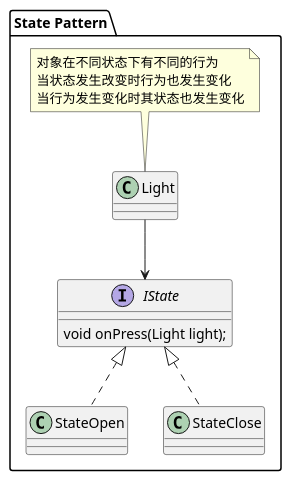
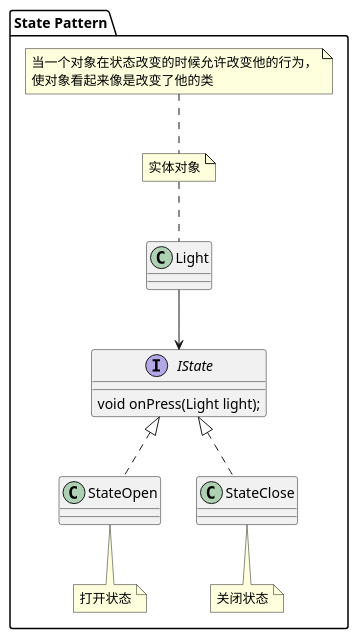
The diagram in lib_design_pattern/src/main/java/com/mxdl/desigin/pattern/behavior/a09_state/uml/state.puml (mxdldev/java-design-pattern), drawn with PlantUML before and after one commit. The commit also changed 28 other files, not shown here.

```diff
--- a/lib_design_pattern/src/main/java/com/mxdl/desigin/pattern/behavior/a09_state/uml/state.puml
+++ b/lib_design_pattern/src/main/java/com/mxdl/desigin/pattern/behavior/a09_state/uml/state.puml
@@ -1,12 +1,19 @@
 @startuml
+skinparam classAttributeIconSize 0
 package "State Pattern"{
     Light --> IState
     class Light
-    note top:对象在不同状态下有不同的行为\n当状态发生改变时行为也发生变化\n当行为发生变化时其状态也发生变化
+    note top:实体对象
+    note top:当一个对象在状态改变的时候允许改变他的行为，\n使对象看起来像是改变了他的类
     interface IState {
         void onPress(Light light);
     }
+    class StateOpen
+    note bottom:打开状态
     class StateOpen implements IState
+
+    class StateClose
+    note bottom:关闭状态
     class StateClose implements IState
 }
 @enduml
```
